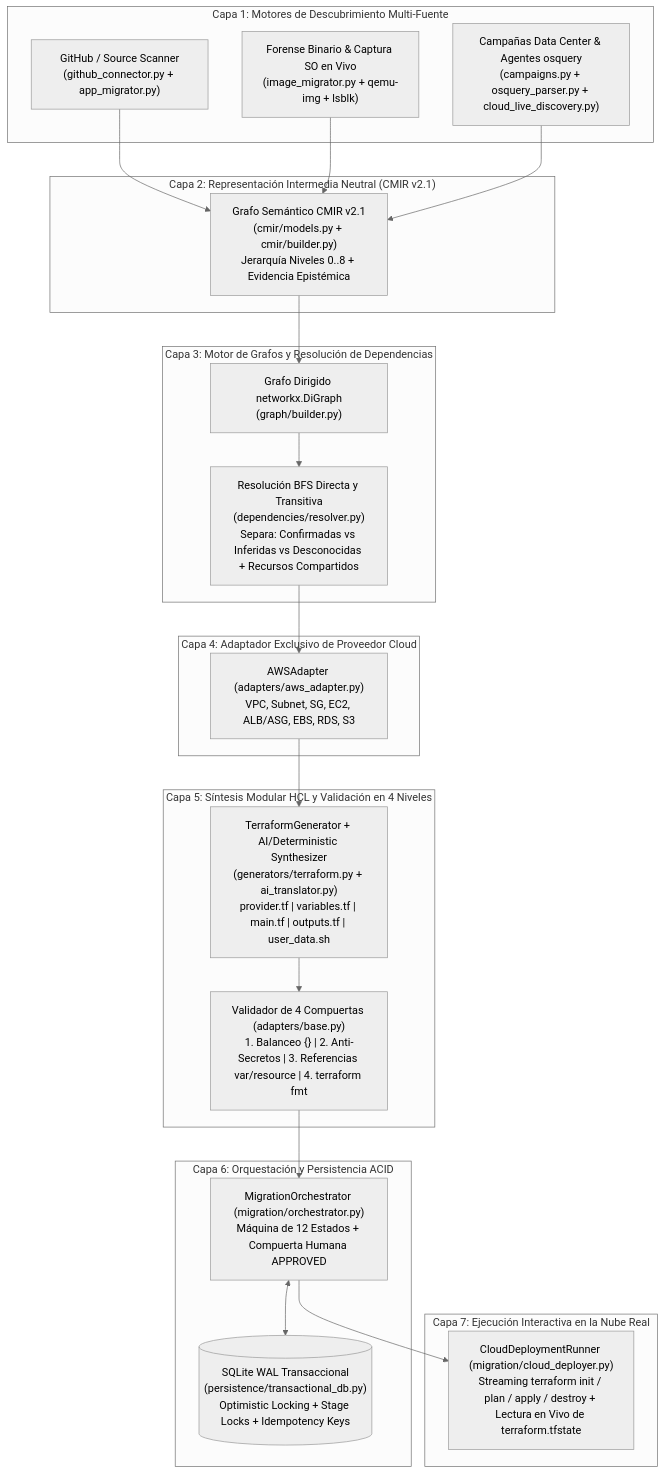
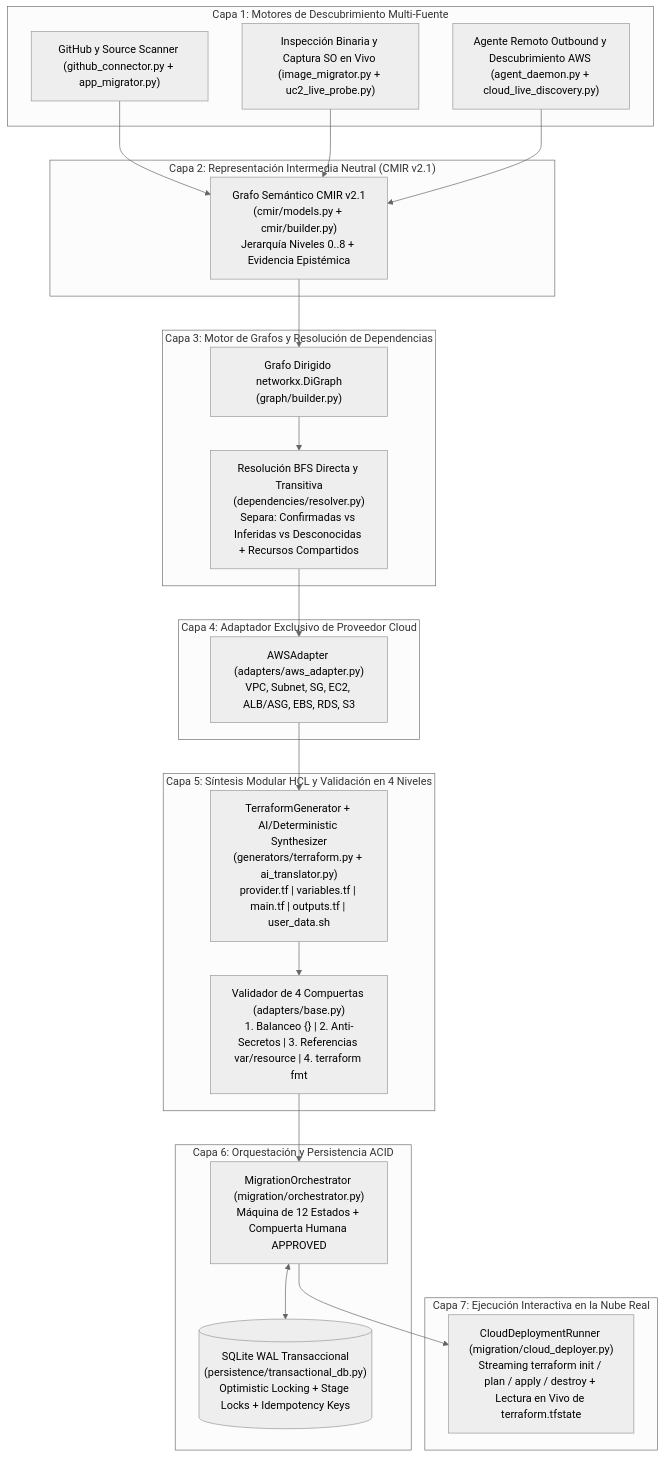
The first of 4 diagrams in README.md (slopma/CapstoneProject_TI), drawn with Mermaid (neutral theme) before and after one commit. The commit also changed other lines of this file and 4 other files, not shown here.

````diff
--- a/README.md
+++ b/README.md
@@ -66,45 +70,45 @@
 ```mermaid
 flowchart TB
     subgraph L1["Capa 1: Motores de Descubrimiento Multi-Fuente"]
-        GH["GitHub / Source Scanner<br/>(github_connector.py + app_migrator.py)"]
-        VMI["Forense Binario & Captura SO en Vivo<br/>(image_migrator.py + qemu-img + lsblk)"]
-        DC["Campañas Data Center & Agentes osquery<br/>(campaigns.py + osquery_parser.py + cloud_live_discovery.py)"]
+        GH["GitHub y Source Scanner (github_connector.py + app_migrator.py)"]
+        VMI["Inspección Binaria y Captura SO en Vivo (image_migrator.py + uc2_live_probe.py)"]
+        AGT["Agente Remoto Outbound y Descubrimiento AWS (agent_daemon.py + cloud_live_discovery.py)"]
     end
 
     subgraph L2["Capa 2: Representación Intermedia Neutral (CMIR v2.1)"]
         CMIR["Grafo Semántico CMIR v2.1<br/>(cmir/models.py + cmir/builder.py)<br/>Jerarquía Niveles 0..8 + Evidencia Epistémica"]
     end
 
     subgraph L3["Capa 3: Motor de Grafos y Resolución de Dependencias"]
         NX["Grafo Dirigido networkx.DiGraph<br/>(graph/builder.py)"]
         BFS["Resolución BFS Directa y Transitiva<br/>(dependencies/resolver.py)<br/>Separa: Confirmadas vs Inferidas vs Desconocidas + Recursos Compartidos"]
     end
 
     subgraph L4["Capa 4: Adaptador Exclusivo de Proveedor Cloud"]
         AWS["AWSAdapter (adapters/aws_adapter.py)<br/>VPC, Subnet, SG, EC2, ALB/ASG, EBS, RDS, S3"]
     end
 
     subgraph L5["Capa 5: Síntesis Modular HCL y Validación en 4 Niveles"]
         TFGEN["TerraformGenerator + AI/Deterministic Synthesizer<br/>(generators/terraform.py + ai_translator.py)<br/>provider.tf | variables.tf | main.tf | outputs.tf | user_data.sh"]
         VAL["Validador de 4 Compuertas (adapters/base.py)<br/>1. Balanceo {} | 2. Anti-Secretos | 3. Referencias var/resource | 4. terraform fmt"]
     end
 
     subgraph L6["Capa 6: Orquestación y Persistencia ACID"]
         ORCH["MigrationOrchestrator (migration/orchestrator.py)<br/>Máquina de 12 Estados + Compuerta Humana APPROVED"]
         DB[("SQLite WAL Transaccional<br/>(persistence/transactional_db.py)<br/>Optimistic Locking + Stage Locks + Idempotency Keys")]
     end
 
     subgraph L7["Capa 7: Ejecución Interactiva en la Nube Real"]
         DEPLOY["CloudDeploymentRunner (migration/cloud_deployer.py)<br/>Streaming terraform init / plan / apply / destroy + Lectura en Vivo de terraform.tfstate"]
     end
 
     GH --> CMIR
     VMI --> CMIR
-    DC --> CMIR
+    AGT --> CMIR
     CMIR --> NX --> BFS
     BFS --> AWS
     AWS --> TFGEN --> VAL
     VAL --> ORCH
     ORCH <--> DB
     ORCH --> DEPLOY
 ```
````
